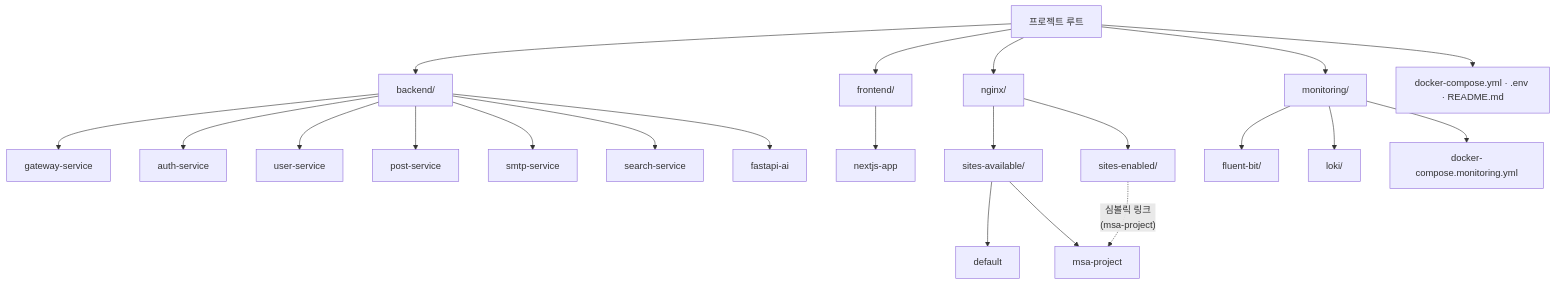
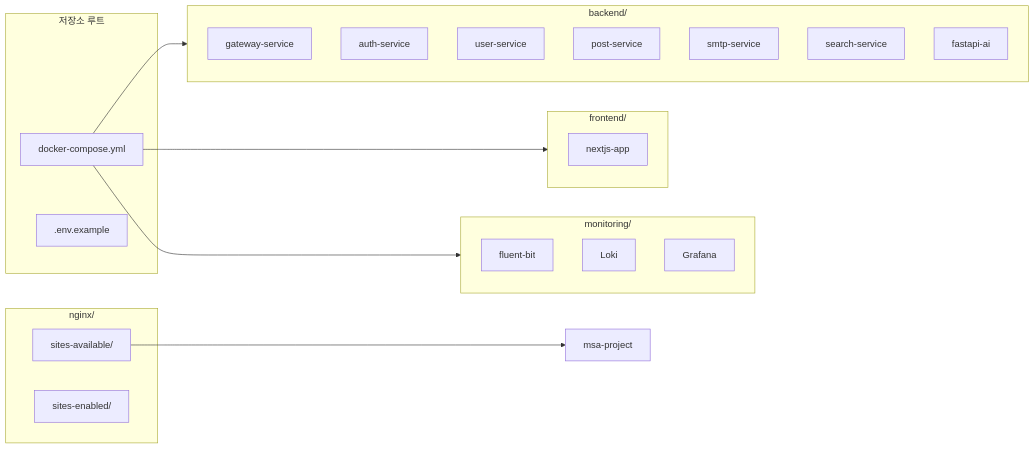
The second of 4 diagrams in README.md (MinKyeom/MSA_Project), drawn with Mermaid before and after one commit. The commit also changed other lines of this file, not shown here.

Commit message:
MSA Project Readme.md update

````diff
--- a/README.md
+++ b/README.md
@@ -120,30 +93,37 @@
 ```mermaid
-flowchart TB
-    ROOT["프로젝트 루트"]
+flowchart LR
+    subgraph Repo["저장소 루트"]
+        DC[docker-compose.yml]
+        ENV[.env.example]
+    end
 
-    ROOT --> BACK["backend/"]
-    ROOT --> FRONT["frontend/"]
-    ROOT --> NGINX["nginx/"]
-    ROOT --> MON["monitoring/"]
-    ROOT --> FILES["docker-compose.yml · .env · README.md"]
+    subgraph Backend["backend/"]
+        GW[gateway-service]
+        AUTH[auth-service]
+        USER[user-service]
+        POST[post-service]
+        SMTP[smtp-service]
+        SEARCH[search-service]
+        AI[fastapi-ai]
+    end
 
-    BACK --> GW["gateway-service"]
-    BACK --> AUTH["auth-service"]
-    BACK --> USER["user-service"]
-    BACK --> POST["post-service"]
-    BACK --> SMTP["smtp-service"]
-    BACK --> SEARCH["search-service"]
-    BACK --> FA["fastapi-ai"]
+    subgraph Frontend["frontend/"]
+        NEXT[nextjs-app]
+    end
 
-    FRONT --> NEXT["nextjs-app"]
+    subgraph Nginx["nginx/"]
+        SA[sites-available/]
+        SE[sites-enabled/]
+    end
 
-    NGINX --> AVAIL["sites-available/"]
-    NGINX --> ENBL["sites-enabled/"]
-    AVAIL --> DEFAULT["default"]
-    AVAIL --> MSA["msa-project"]
-    ENBL -.->|"심볼릭 링크\n(msa-project)"| MSA
+    subgraph Monitor["monitoring/"]
+        FB[fluent-bit]
+        Loki[Loki]
+        Grafana[Grafana]
+    end
 
-    MON --> FB["fluent-bit/"]
-    MON --> LOKI["loki/"]
-    MON --> DCMON["docker-compose.monitoring.yml"]
+    DC --> Backend
+    DC --> Frontend
+    DC --> Monitor
+    SA --> msa-project
 ```
````
